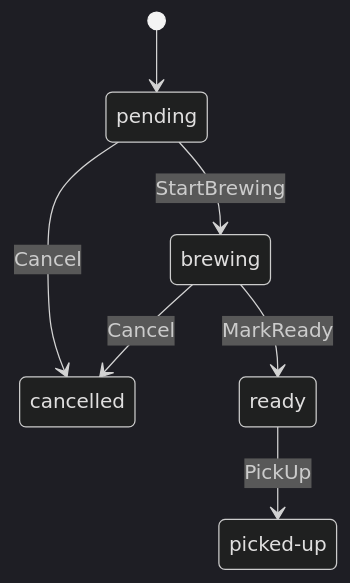
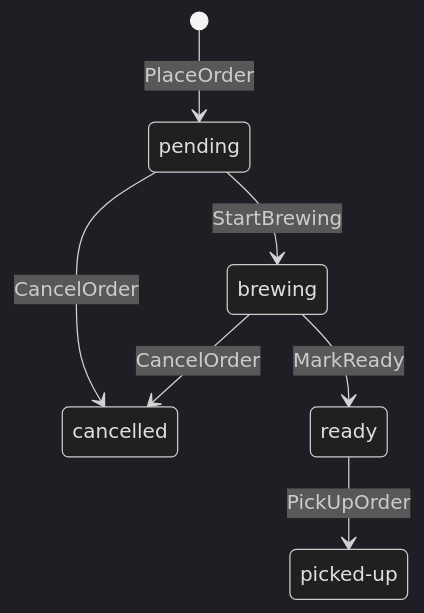
One commit to kevinmichaelchen/effect-coffee-shop changed the first of 2 diagrams in packages/coffee/domain/README.md. Above: the diagram before and after it, drawn with Mermaid (dark theme). The commit also changed other lines of this file and 333 other files, not shown here.

````diff
--- a/packages/coffee/domain/README.md
+++ b/packages/coffee/domain/README.md
@@ -21,10 +49,10 @@
 ```mermaid
 stateDiagram-v2
     state "picked-up" as pickedUp
-    [*] --> pending
+    [*] --> pending: PlaceOrder
     pending --> brewing: StartBrewing
-    pending --> cancelled: Cancel
+    pending --> cancelled: CancelOrder
     brewing --> ready: MarkReady
-    brewing --> cancelled: Cancel
-    ready --> pickedUp: PickUp
+    brewing --> cancelled: CancelOrder
+    ready --> pickedUp: PickUpOrder
 ```
````
